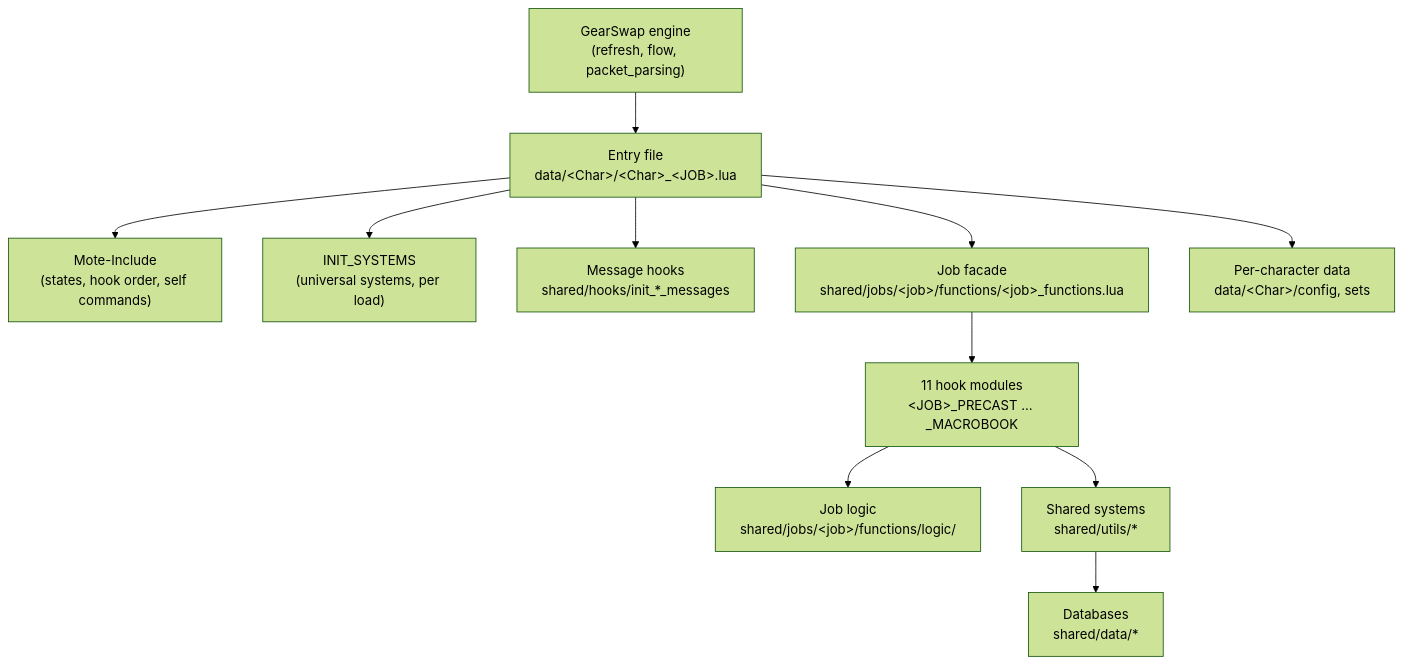
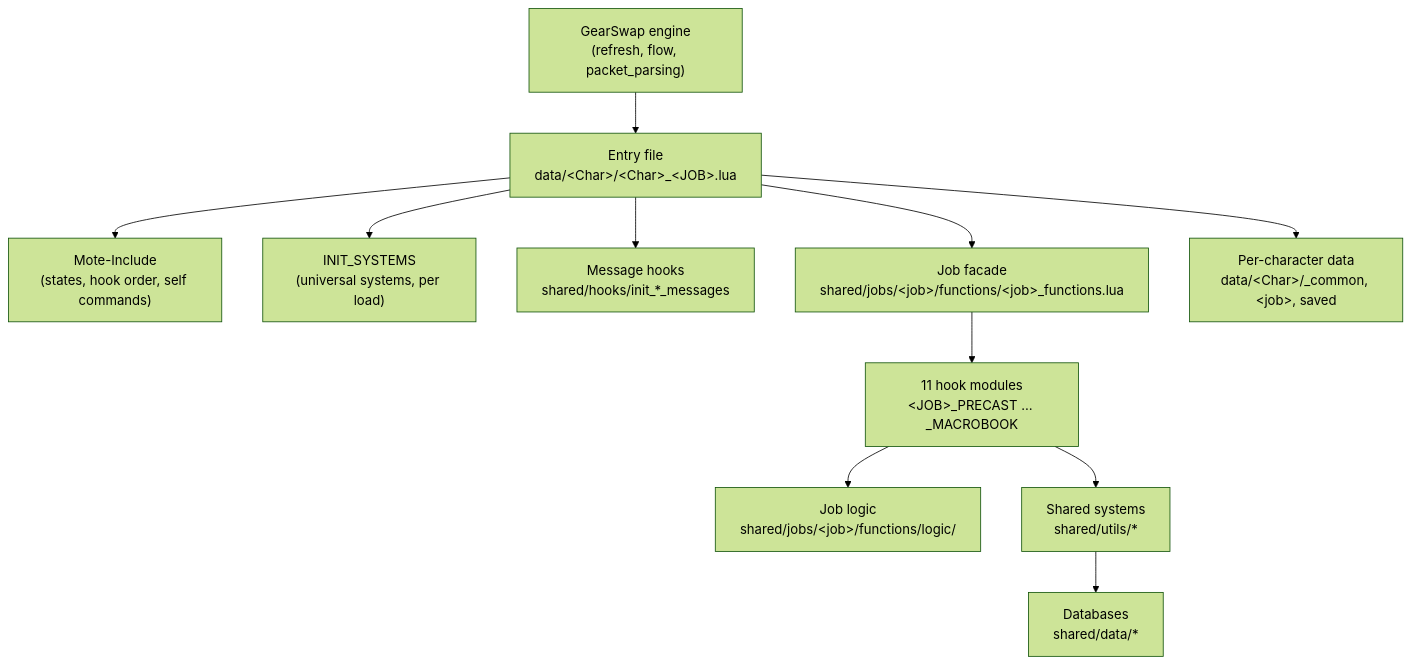
Before and after one commit to ejouanchicot/Gearswap: the diagram in docs/dev/README.md, drawn with Mermaid (forest theme). The commit also changed other lines of this file and 94 other files, not shown here.

````diff
--- a/docs/dev/README.md
+++ b/docs/dev/README.md
@@ -86,13 +87,13 @@
 ```mermaid
 flowchart TD
     E["GearSwap engine<br/>(refresh, flow, packet_parsing)"] --> F["Entry file<br/>data/&lt;Char&gt;/&lt;Char&gt;_&lt;JOB&gt;.lua"]
     F --> M["Mote-Include<br/>(states, hook order, self commands)"]
     F --> I["INIT_SYSTEMS<br/>(universal systems, per load)"]
     F --> H["Message hooks<br/>shared/hooks/init_*_messages"]
     F --> FA["Job facade<br/>shared/jobs/&lt;job&gt;/functions/&lt;job&gt;_functions.lua"]
     FA --> HM["11 hook modules<br/>&lt;JOB&gt;_PRECAST … _MACROBOOK"]
     HM --> L["Job logic<br/>shared/jobs/&lt;job&gt;/functions/logic/"]
     HM --> S["Shared systems<br/>shared/utils/*"]
     S --> D["Databases<br/>shared/data/*"]
-    F --> C["Per-character data<br/>data/&lt;Char&gt;/config, sets"]
+    F --> C["Per-character data<br/>data/&lt;Char&gt;/_common, &lt;job&gt;, saved"]
 ```
````
